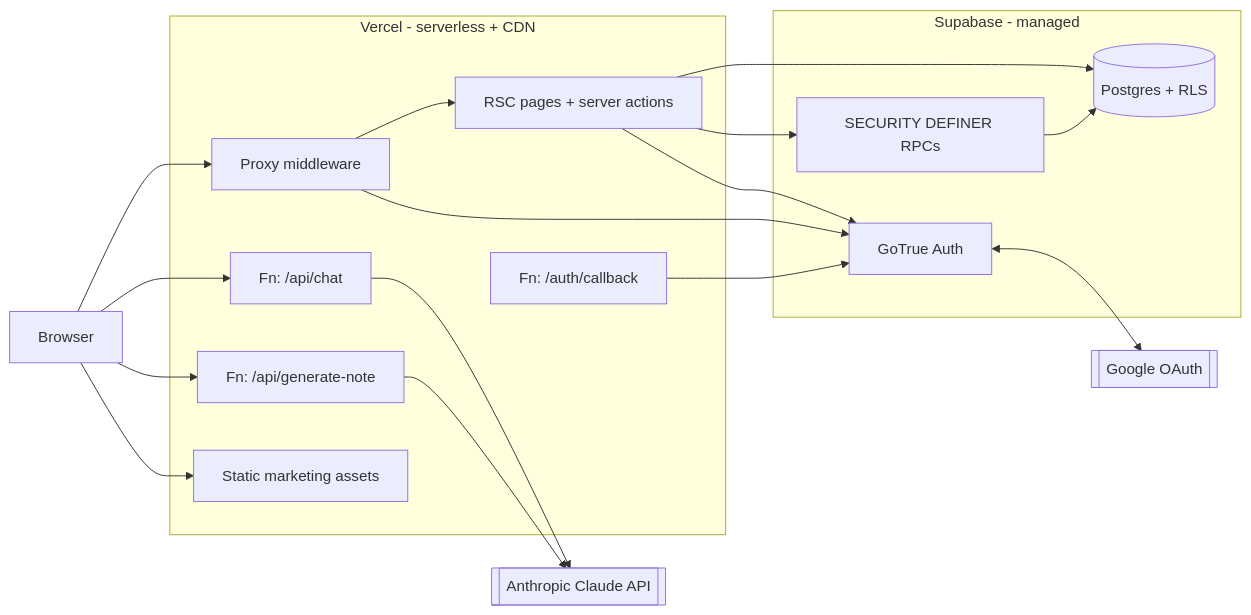
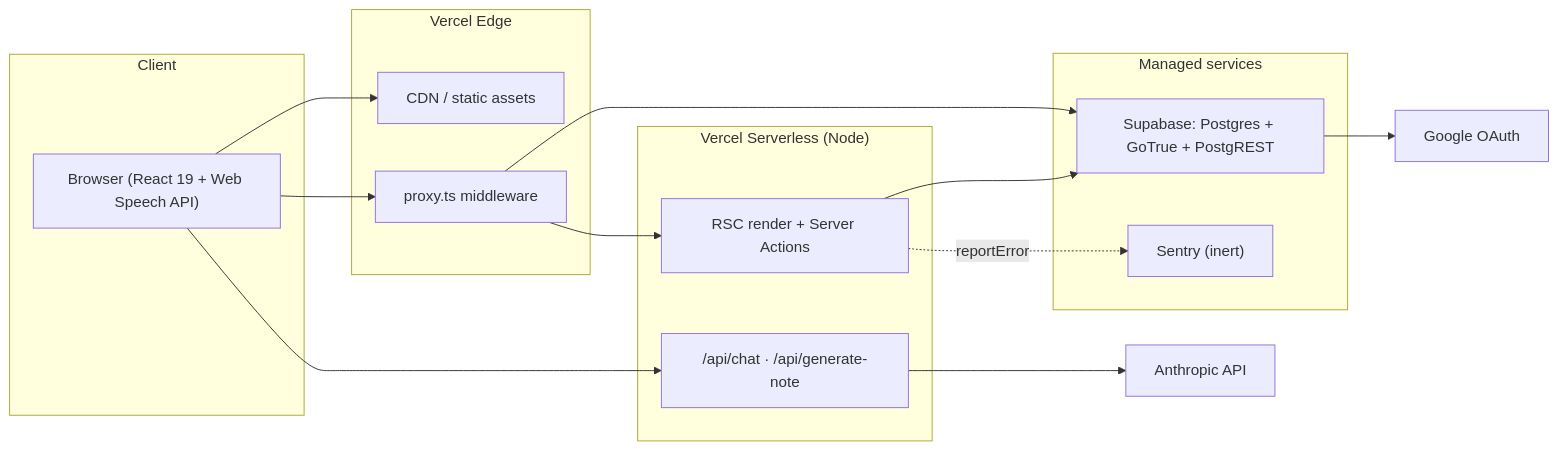
Before and after one commit to joseph1356k/Pagina-web-clientes-final: the fourth of 6 diagrams in architecture-infrastructure.md, drawn with Mermaid. The commit also changed other lines of this file and 39 other files, not shown here.

````diff
--- a/architecture-infrastructure.md
+++ b/architecture-infrastructure.md
@@ -370,29 +461,27 @@
 ```mermaid
 flowchart LR
-    subgraph Edge[Vercel - serverless + CDN]
-        MW[Proxy middleware]
-        RSC[RSC pages + server actions]
-        FN1[Fn: /api/chat]
-        FN2[Fn: /api/generate-note]
-        FN3[Fn: /auth/callback]
-        STATIC[Static marketing assets]
+    subgraph Client["Client"]
+        B["Browser (React 19 + Web Speech API)"]
     end
-    subgraph Managed[Supabase - managed]
-        PG[(Postgres + RLS)]
-        AUTH[GoTrue Auth]
-        RPC[SECURITY DEFINER RPCs]
+    subgraph Edge["Vercel Edge"]
+        CDN["CDN / static assets"]
+        MW["proxy.ts middleware"]
     end
-    EXT[[Anthropic Claude API]]
-    GOOG[[Google OAuth]]
-    Browser[Browser] --> STATIC
-    Browser --> MW --> RSC
-    Browser --> FN1 --> EXT
-    Browser --> FN2 --> EXT
-    RSC --> PG
-    RSC --> AUTH
-    RSC --> RPC
-    MW --> AUTH
-    FN3 --> AUTH
-    AUTH <--> GOOG
-    RPC --> PG
+    subgraph FaaS["Vercel Serverless (Node)"]
+        RSCF["RSC render + Server Actions"]
+        AIF["/api/chat · /api/generate-note"]
+    end
+    subgraph Managed["Managed services"]
+        SUPA["Supabase: Postgres + GoTrue + PostgREST"]
+        SENTRY["Sentry (inert)"]
+    end
+    EXT["Anthropic API"]
+    OAUTH["Google OAuth"]
+
+    B --> CDN
+    B --> MW --> RSCF --> SUPA
+    B --> AIF --> EXT
+    MW --> SUPA
+    RSCF -. reportError .-> SENTRY
+    SUPA --> OAUTH
 ```
````
